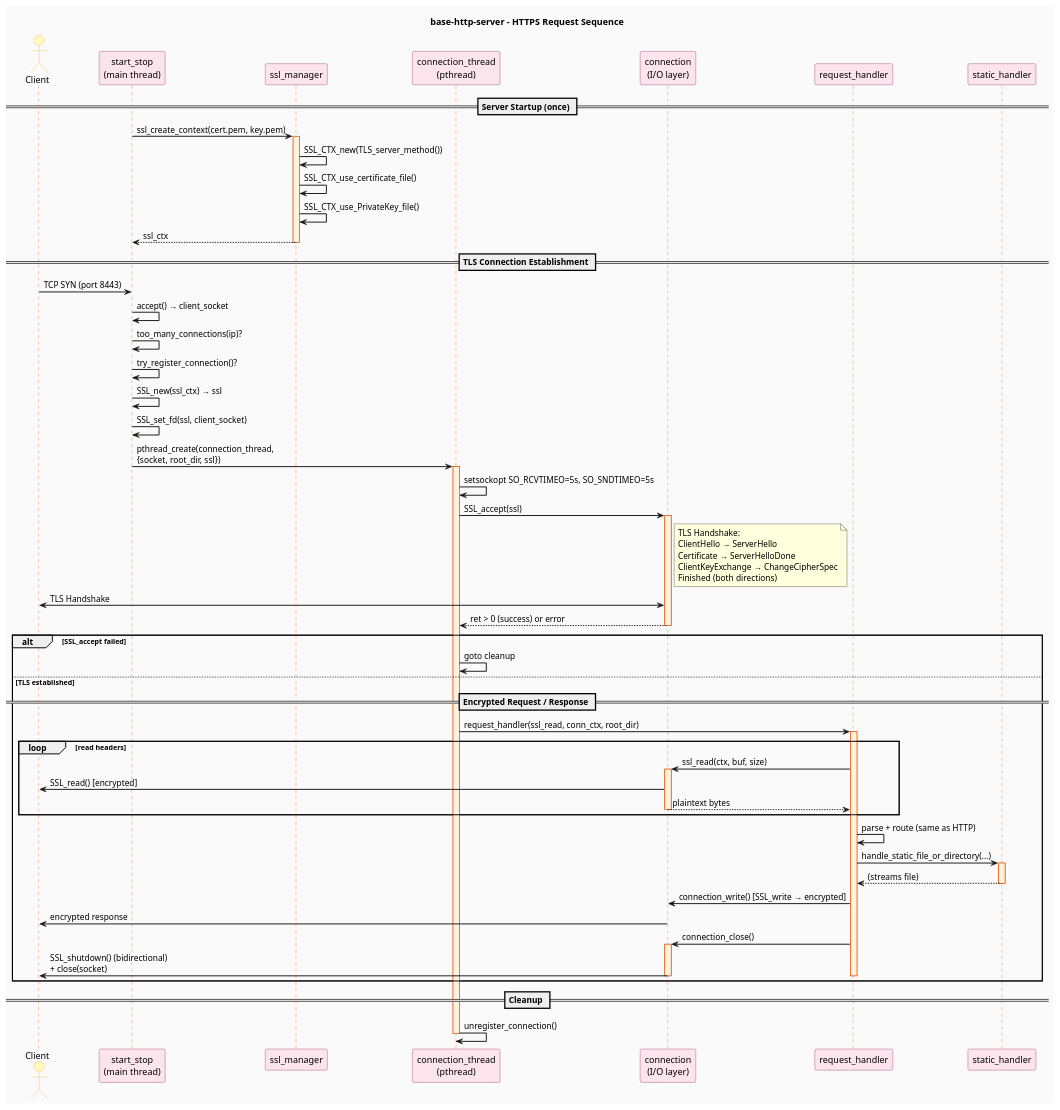
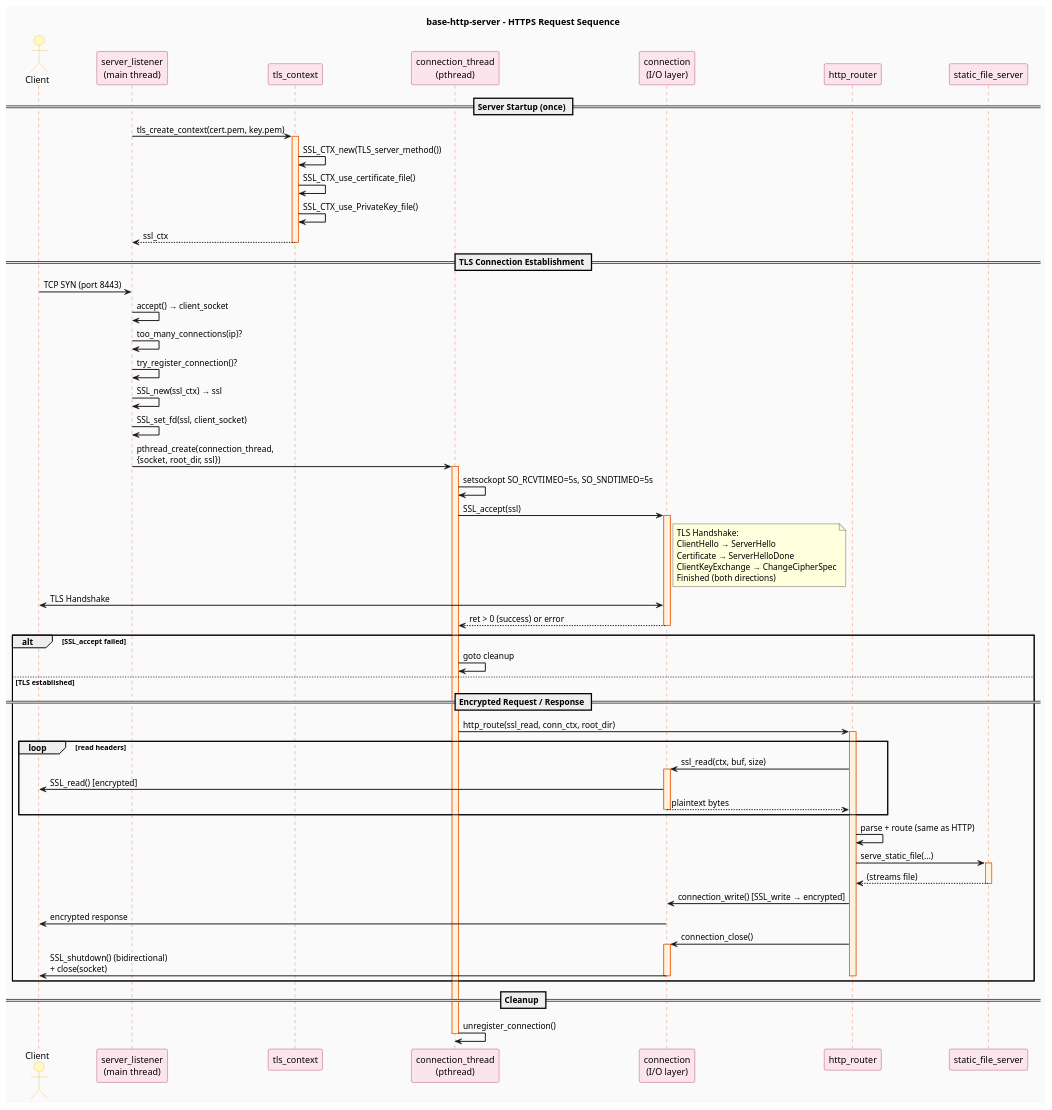
One commit to jpablotoledom/boat-rudder changed the diagram in develop_docs/diagrams/sequence-https.puml. Above: the diagram before and after it, drawn with PlantUML. The commit also changed 38 other files, not shown here.

```diff
--- a/develop_docs/diagrams/sequence-https.puml
+++ b/develop_docs/diagrams/sequence-https.puml
@@ -1,102 +1,102 @@
 @startuml sequence-https
 
 title base-http-server - HTTPS Request Sequence
 
 skinparam backgroundColor #FAFAFA
 skinparam sequenceArrowThickness 1.5
 skinparam sequence {
     LifeLineBackgroundColor #FFF3E0
     LifeLineBorderColor #E65100
     ActorBackgroundColor #FFF9C4
     ActorBorderColor #F9A825
     ParticipantBackgroundColor #FCE4EC
     ParticipantBorderColor #880E4F
 }
 
 actor Client
 
-participant "start_stop\n(main thread)" as SS
-participant "ssl_manager" as SSLM
+participant "server_listener\n(main thread)" as SS
+participant "tls_context" as SSLM
 participant "connection_thread\n(pthread)" as CT
 participant "connection\n(I/O layer)" as CONN
-participant "request_handler" as RH
-participant "static_handler" as SH
+participant "http_router" as RH
+participant "static_file_server" as SH
 
 == Server Startup (once) ==
 
-SS -> SSLM : ssl_create_context(cert.pem, key.pem)
+SS -> SSLM : tls_create_context(cert.pem, key.pem)
 activate SSLM
 SSLM -> SSLM : SSL_CTX_new(TLS_server_method())
 SSLM -> SSLM : SSL_CTX_use_certificate_file()
 SSLM -> SSLM : SSL_CTX_use_PrivateKey_file()
 SSLM --> SS : ssl_ctx
 deactivate SSLM
 
 == TLS Connection Establishment ==
 
 Client -> SS : TCP SYN (port 8443)
 SS -> SS : accept() → client_socket
 SS -> SS : too_many_connections(ip)?
 SS -> SS : try_register_connection()?
 SS -> SS : SSL_new(ssl_ctx) → ssl
 SS -> SS : SSL_set_fd(ssl, client_socket)
 SS -> CT : pthread_create(connection_thread,\n{socket, root_dir, ssl})
 
 activate CT
 CT -> CT : setsockopt SO_RCVTIMEO=5s, SO_SNDTIMEO=5s
 
 CT -> CONN : SSL_accept(ssl)
 activate CONN
 note right of CONN
   TLS Handshake:
   ClientHello → ServerHello
   Certificate → ServerHelloDone
   ClientKeyExchange → ChangeCipherSpec
   Finished (both directions)
 end note
 CONN <-> Client : TLS Handshake
 CONN --> CT : ret > 0 (success) or error
 deactivate CONN
 
 alt SSL_accept failed
     CT -> CT : goto cleanup
 else TLS established
 
 == Encrypted Request / Response ==
 
-CT -> RH : request_handler(ssl_read, conn_ctx, root_dir)
+CT -> RH : http_route(ssl_read, conn_ctx, root_dir)
 
 activate RH
 loop read headers
     RH -> CONN : ssl_read(ctx, buf, size)
     activate CONN
     CONN -> Client : SSL_read() [encrypted]
     CONN --> RH : plaintext bytes
     deactivate CONN
 end
 
 RH -> RH : parse + route (same as HTTP)
 
-RH -> SH : handle_static_file_or_directory(...)
+RH -> SH : serve_static_file(...)
 activate SH
 SH --> RH : (streams file)
 deactivate SH
 
 RH -> CONN : connection_write() [SSL_write → encrypted]
 CONN -> Client : encrypted response
 
 RH -> CONN : connection_close()
 activate CONN
 CONN -> Client : SSL_shutdown() (bidirectional)\n+ close(socket)
 deactivate CONN
 
 deactivate RH
 
 end
 
 == Cleanup ==
 
 CT -> CT : unregister_connection()
 deactivate CT
 
 @enduml
```
